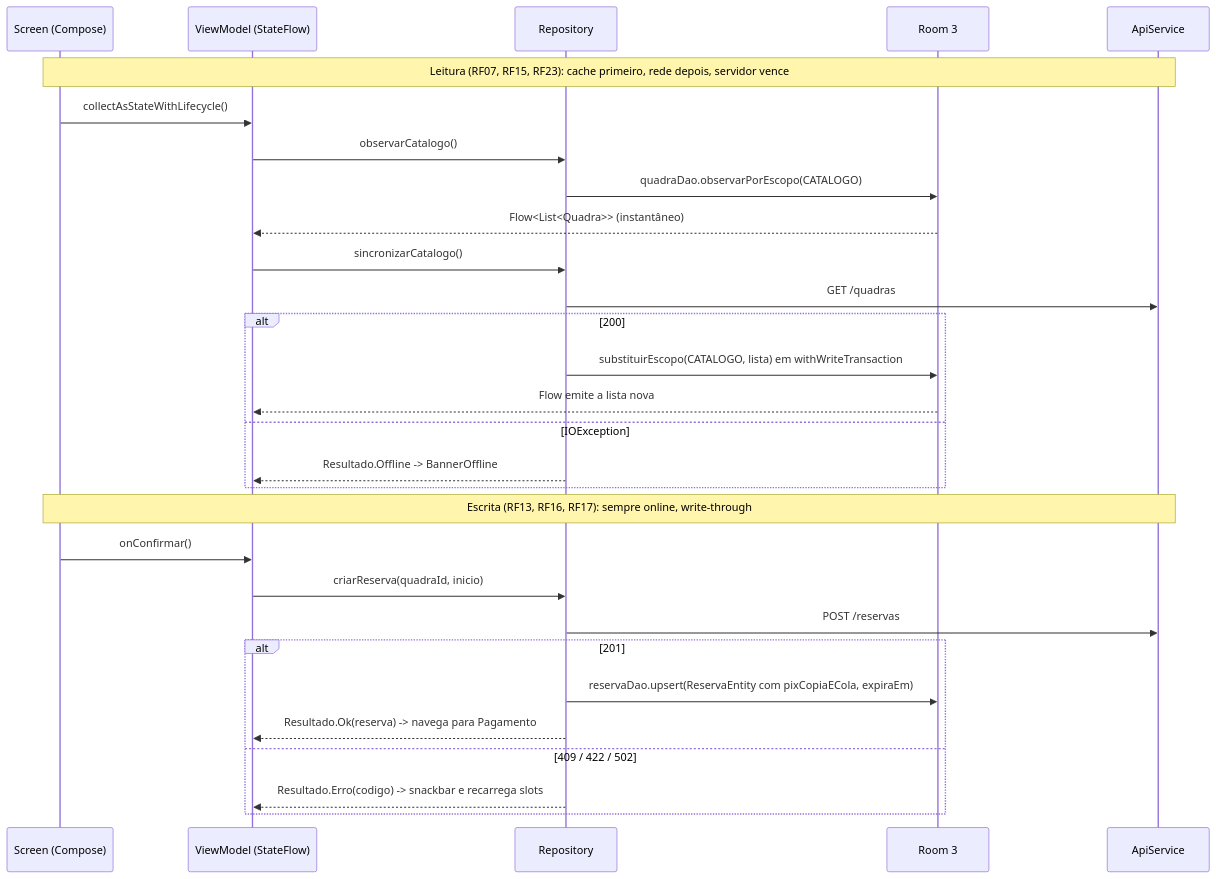
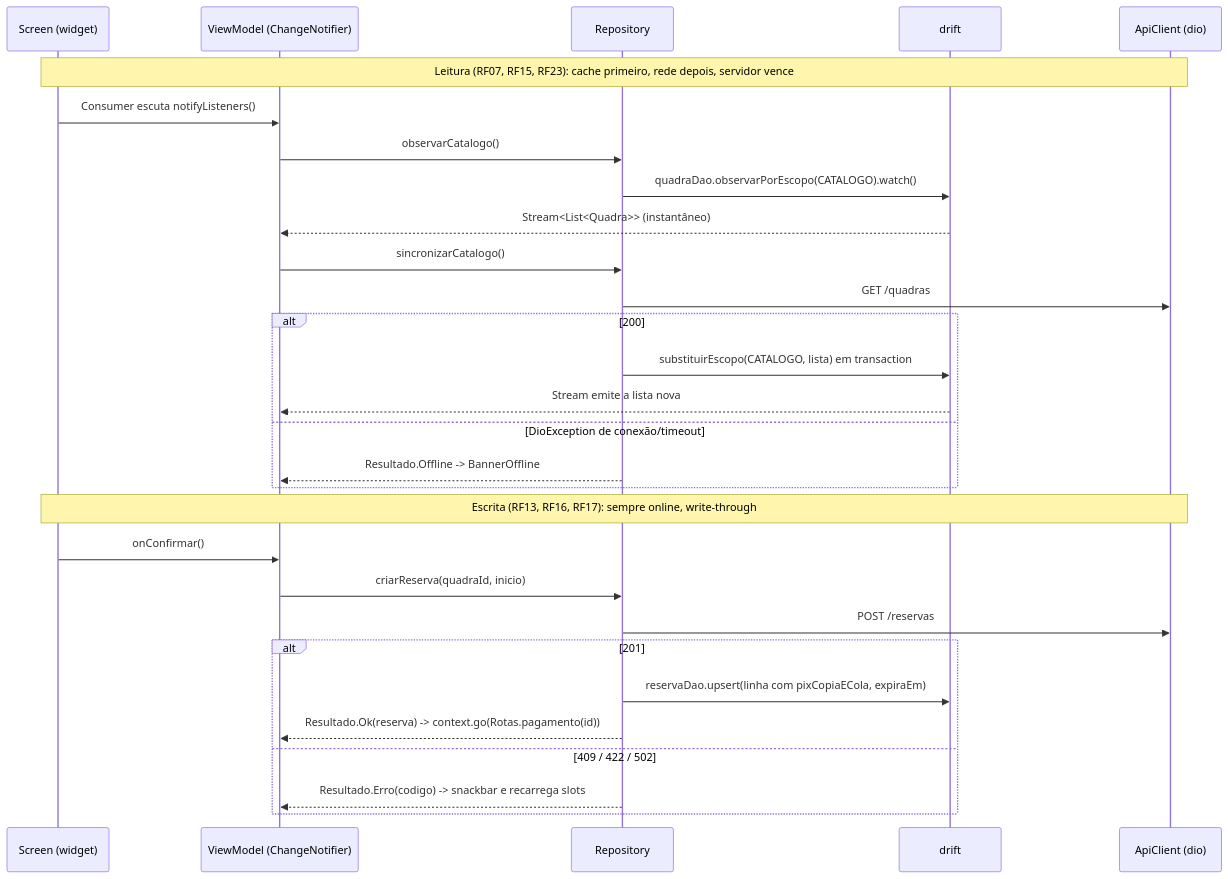
The third of 3 diagrams in docs/09-arquitetura.md (DEVigodE/so-mais-uma), drawn with Mermaid before and after one commit. The commit also changed other lines of this file and 25 other files, not shown here.

````diff
--- a/docs/09-arquitetura.md
+++ b/docs/09-arquitetura.md
@@ -343,33 +424,33 @@
 ```mermaid
 sequenceDiagram
-    participant S as Screen (Compose)
-    participant VM as ViewModel (StateFlow)
+    participant S as Screen (widget)
+    participant VM as ViewModel (ChangeNotifier)
     participant R as Repository
-    participant Room as Room 3
-    participant Api as ApiService
+    participant DB as drift
+    participant Api as ApiClient (dio)
 
     Note over S,Api: Leitura (RF07, RF15, RF23): cache primeiro, rede depois, servidor vence
-    S->>VM: collectAsStateWithLifecycle()
+    S->>VM: Consumer escuta notifyListeners()
     VM->>R: observarCatalogo()
-    R->>Room: quadraDao.observarPorEscopo(CATALOGO)
-    Room-->>VM: Flow<List<Quadra>> (instantâneo)
+    R->>DB: quadraDao.observarPorEscopo(CATALOGO).watch()
+    DB-->>VM: Stream<List<Quadra>> (instantâneo)
     VM->>R: sincronizarCatalogo()
     R->>Api: GET /quadras
     alt 200
-        R->>Room: substituirEscopo(CATALOGO, lista) em withWriteTransaction
-        Room-->>VM: Flow emite a lista nova
-    else IOException
+        R->>DB: substituirEscopo(CATALOGO, lista) em transaction
+        DB-->>VM: Stream emite a lista nova
+    else DioException de conexão/timeout
         R-->>VM: Resultado.Offline -> BannerOffline
     end
 
     Note over S,Api: Escrita (RF13, RF16, RF17): sempre online, write-through
     S->>VM: onConfirmar()
     VM->>R: criarReserva(quadraId, inicio)
     R->>Api: POST /reservas
     alt 201
-        R->>Room: reservaDao.upsert(ReservaEntity com pixCopiaECola, expiraEm)
-        R-->>VM: Resultado.Ok(reserva) -> navega para Pagamento
+        R->>DB: reservaDao.upsert(linha com pixCopiaECola, expiraEm)
+        R-->>VM: Resultado.Ok(reserva) -> context.go(Rotas.pagamento(id))
     else 409 / 422 / 502
         R-->>VM: Resultado.Erro(codigo) -> snackbar e recarrega slots
     end
 ```
````
